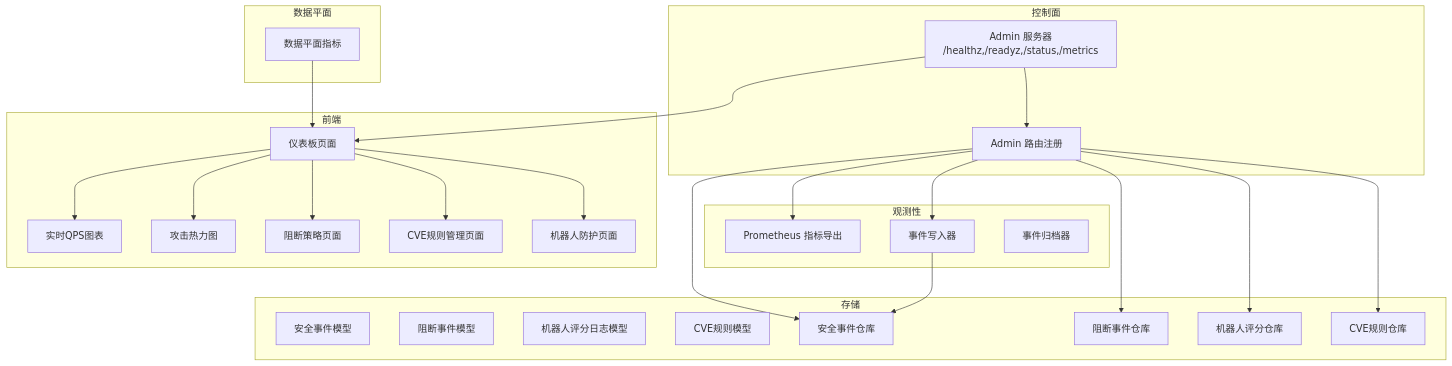
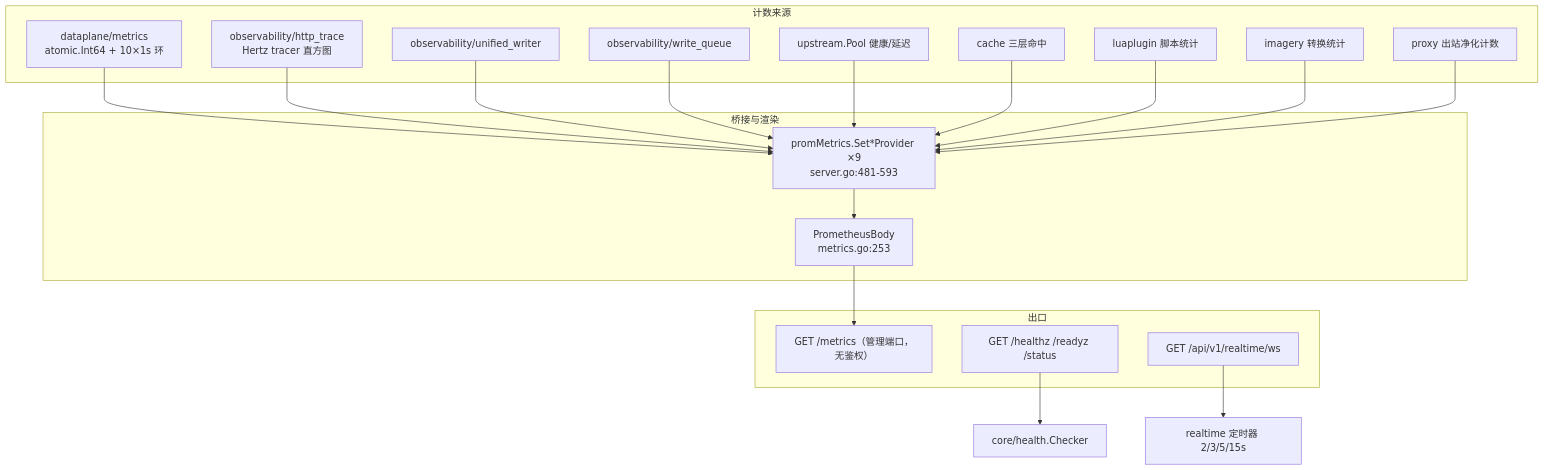
One commit to x01n/My-OpenWaf changed the first of 7 diagrams in docs/扩展与插件系统/第三方集成/监控系统集成.md. Above: the diagram before and after it, drawn with Mermaid. The commit also changed other lines of this file and 622 other files, not shown here.

````diff
--- a/docs/扩展与插件系统/第三方集成/监控系统集成.md
+++ b/docs/扩展与插件系统/第三方集成/监控系统集成.md
@@ -56,48 +86,36 @@
 ```mermaid
 graph TB
-subgraph "控制面"
-Admin["Admin 服务器<br/>/healthz,/readyz,/status,/metrics"]
-Router["Admin 路由注册"]
+subgraph "计数来源"
+DPA["dataplane/metrics<br/>atomic.Int64 + 10×1s 环"]
+HT["observability/http_trace<br/>Hertz tracer 直方图"]
+UW["observability/unified_writer"]
+WQ["observability/write_queue"]
+UP["upstream.Pool 健康/延迟"]
+CS["cache 三层命中"]
+LU["luaplugin 脚本统计"]
+IMG["imagery 转换统计"]
+PRG["proxy 出站净化计数"]
 end
-subgraph "观测性"
-Prom["Prometheus 指标导出"]
-EW["事件写入器"]
-Arch["事件归档器"]
+subgraph "桥接与渲染"
+PROV["promMetrics.Set*Provider ×9<br/>server.go:481-593"]
+BODY["PrometheusBody<br/>metrics.go:253"]
 end
-subgraph "数据平面"
-DPM["数据平面指标"]
+subgraph "出口"
+MX["GET /metrics（管理端口，无鉴权）"]
+PZ["GET /healthz /readyz /status"]
+WS["GET /api/v1/realtime/ws"]
 end
-subgraph "存储"
-Model["安全事件模型"]
-DropModel["阻断事件模型"]
-BotModel["机器人评分日志模型"]
-CVEModle["CVE规则模型"]
-Repo["安全事件仓库"]
-DropRepo["阻断事件仓库"]
-BotRepo["机器人评分仓库"]
-CVERepo["CVE规则仓库"]
-end
-subgraph "前端"
-Dash["仪表板页面"]
-QPS["实时QPS图表"]
-Heat["攻击热力图"]
-DropPolicy["阻断策略页面"]
-CVEManage["CVE规则管理页面"]
-BotProtect["机器人防护页面"]
-end
-Admin --> Router
-Router --> Prom
-Router --> EW
-Router --> Repo
-Router --> DropRepo
-Router --> BotRepo
-Router --> CVERepo
-Admin --> Dash
-Dash --> QPS
-Dash --> Heat
-Dash --> DropPolicy
-Dash --> CVEManage
-Dash --> BotProtect
-EW --> Repo
-DPM --> Dash
+DPA --> PROV
+HT --> PROV
+UW --> PROV
+WQ --> PROV
+UP --> PROV
+CS --> PROV
+LU --> PROV
+IMG --> PROV
+PRG --> PROV
+PROV --> BODY
+BODY --> MX
+PZ --> PR2["core/health.Checker"]
+WS --> RTH["realtime 定时器 2/3/5/15s"]
 ```
````
